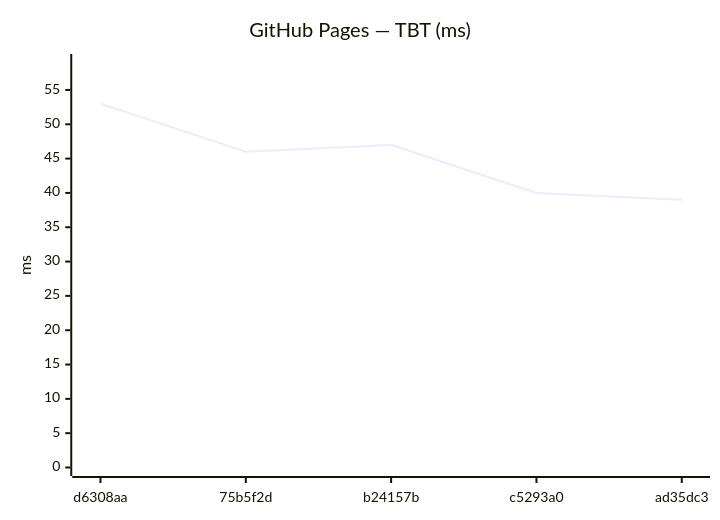
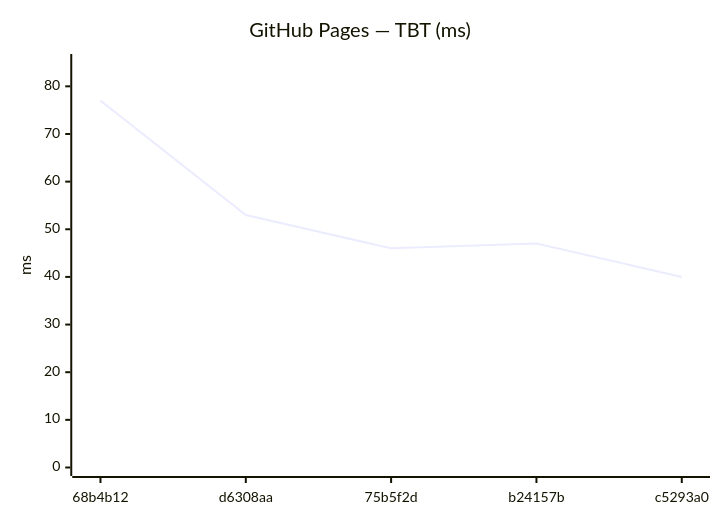
Diagram 12 of 24 in benchmarks/compare.md (Metaheurist/Rianell), drawn with Mermaid before and after one commit. The commit also changed other lines of this file and 14 other files, not shown here.

````diff
--- a/benchmarks/compare.md
+++ b/benchmarks/compare.md
@@ -176,7 +176,7 @@
 ```mermaid
 xychart-beta
     title "GitHub Pages — TBT (ms)"
-    x-axis ["d6308aa", "75b5f2d", "b24157b", "c5293a0", "ad35dc3"]
-    y-axis "ms" 0 --> 59
-    line [53, 46, 47, 40, 39]
+    x-axis ["68b4b12", "d6308aa", "75b5f2d", "b24157b", "c5293a0"]
+    y-axis "ms" 0 --> 85
+    line [77, 53, 46, 47, 40]
 ```
````
